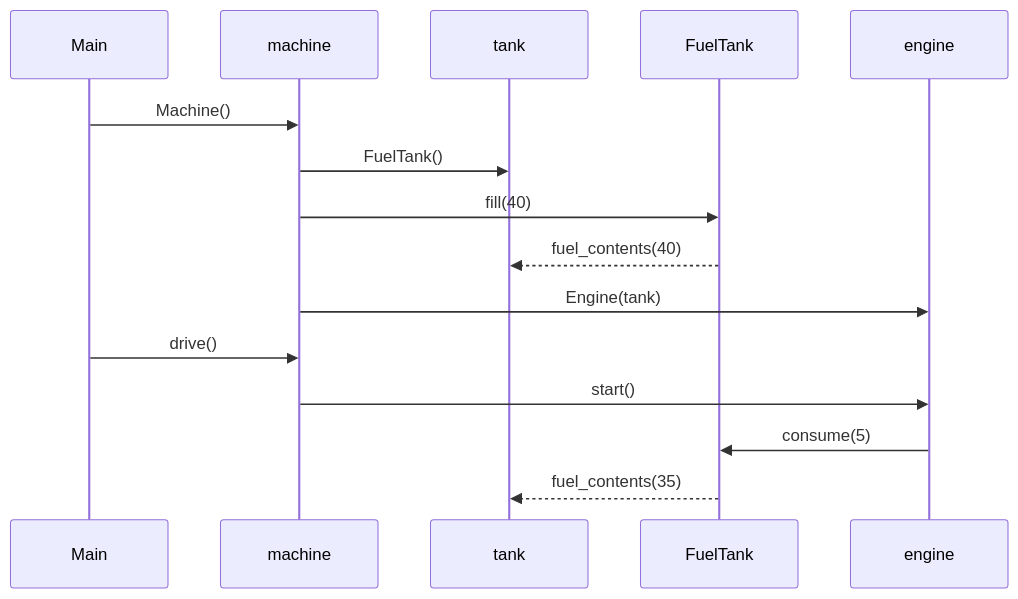
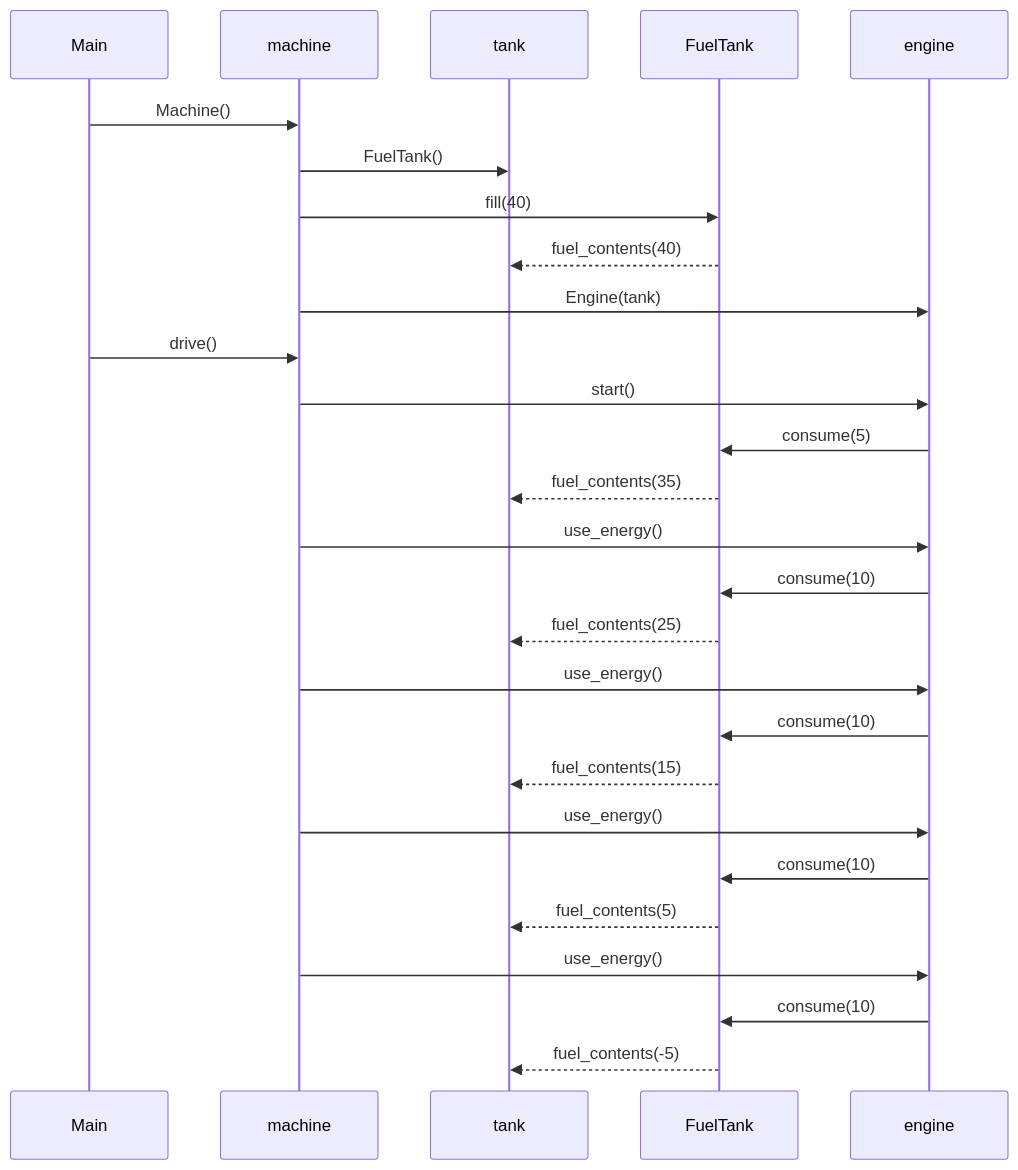
One commit to sohvip/ot-harjoitustyo changed the diagram in laskarit/viikko3/sekvenssikaavio.md. Above: the diagram before and after it, drawn with Mermaid.

````diff
--- a/laskarit/viikko3/sekvenssikaavio.md
+++ b/laskarit/viikko3/sekvenssikaavio.md
@@ -1,17 +1,29 @@
 ```mermaid
   sequenceDiagram
       participant Main
       participant machine
       participant tank
       participant FuelTank
       participant engine
       Main ->> machine: Machine()
       machine ->> tank: FuelTank()
       machine ->> FuelTank: fill(40)
       FuelTank -->> tank: fuel_contents(40)
       machine ->> engine: Engine(tank)
       Main ->> machine: drive()
       machine ->> engine: start()
       engine ->> FuelTank: consume(5)
       FuelTank -->> tank: fuel_contents(35)
+      machine ->> engine: use_energy()
+      engine ->> FuelTank: consume(10)
+      FuelTank -->> tank: fuel_contents(25)
+      machine ->> engine: use_energy()
+      engine ->> FuelTank: consume(10)
+      FuelTank -->> tank: fuel_contents(15)
+      machine ->> engine: use_energy()
+      engine ->> FuelTank: consume(10)
+      FuelTank -->> tank: fuel_contents(5)
+      machine ->> engine: use_energy()
+      engine ->> FuelTank: consume(10)
+      FuelTank -->> tank: fuel_contents(-5)
 ```
````
